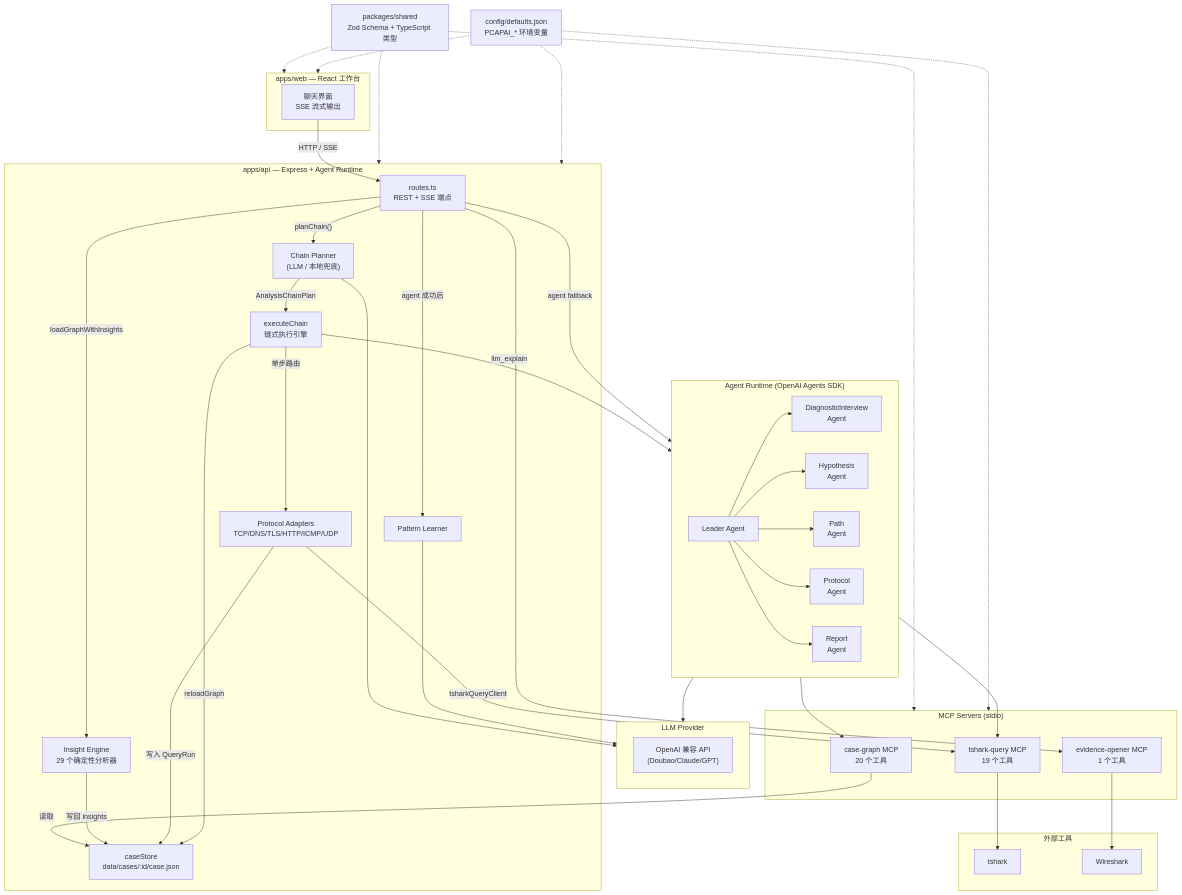
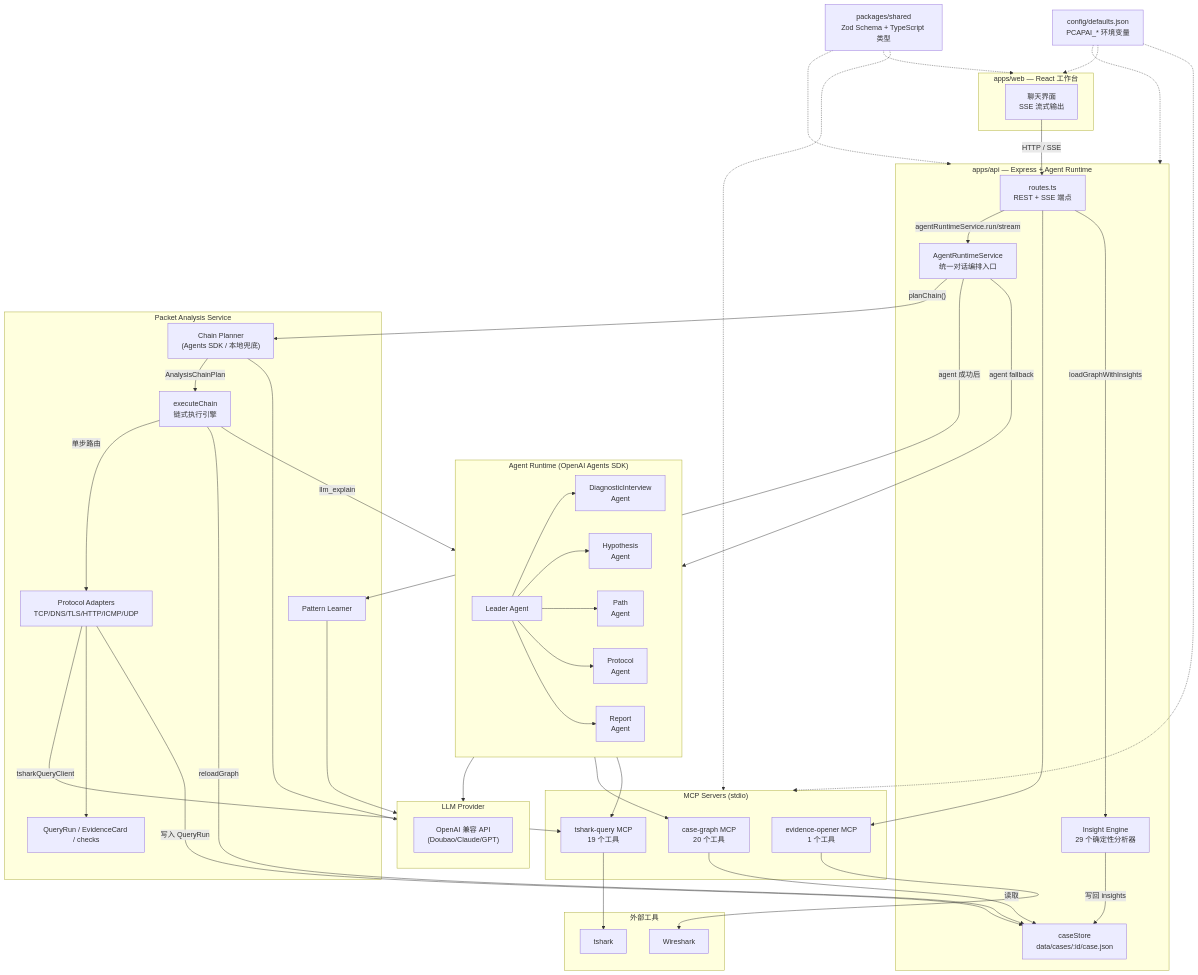
The diagram in docs/architecture.md (Matthewyin/pcapai), drawn with Mermaid before and after one commit. The commit also changed other lines of this file and 4 other files, not shown here.

Commit message:
refactor: centralize agent runtime entrypoint

```diff
--- a/docs/architecture.md
+++ b/docs/architecture.md
@@ -14,12 +16,17 @@
 
   subgraph API["apps/api — Express + Agent Runtime"]
     Router["routes.ts<br/>REST + SSE 端点"]
-    Planner["Chain Planner<br/>(LLM / 本地兜底)"]
+    RuntimeSvc["AgentRuntimeService<br/>统一对话编排入口"]
+    InsightEng["Insight Engine<br/>29 个确定性分析器"]
+    CaseStore["caseStore<br/>data/cases/:id/case.json"]
+  end
+
+  subgraph PacketService["Packet Analysis Service"]
+    Planner["Chain Planner<br/>(Agents SDK / 本地兜底)"]
     ChainExec["executeChain<br/>链式执行引擎"]
     Adapters["Protocol Adapters<br/>TCP/DNS/TLS/HTTP/ICMP/UDP"]
-    InsightEng["Insight Engine<br/>29 个确定性分析器"]
+    QueryRunSvc["QueryRun / EvidenceCard / checks"]
     PatternLearner["Pattern Learner"]
-    CaseStore["caseStore<br/>data/cases/:id/case.json"]
   end
 
   subgraph LLM["LLM Provider"]
@@ -52,15 +59,17 @@
   end
 
   UI -->|"HTTP / SSE"| Router
-  Router -->|"planChain()"| Planner
+  Router -->|"agentRuntimeService.run/stream"| RuntimeSvc
+  RuntimeSvc -->|"planChain()"| Planner
   Planner -->|"AnalysisChainPlan"| ChainExec
   Planner --> LLM
   ChainExec -->|"单步路由"| Adapters
   ChainExec -->|"llm_explain"| AgentRuntime
-  Router -->|"agent fallback"| AgentRuntime
+  RuntimeSvc -->|"agent fallback"| AgentRuntime
   AgentRuntime --> LLM
 
   Adapters -->|"tsharkQueryClient"| TQ
+  Adapters --> QueryRunSvc
   AgentRuntime --> CG
   AgentRuntime --> TQ
   Router --> EO
@@ -74,7 +83,7 @@
   Adapters -->|"写入 QueryRun"| CaseStore
   ChainExec -->|"reloadGraph"| CaseStore
 
-  Router -->|"agent 成功后"| PatternLearner
+  RuntimeSvc -->|"agent 成功后"| PatternLearner
   PatternLearner --> LLM
 
   Shared["packages/shared<br/>Zod Schema + TypeScript 类型"] -.-> API
```
